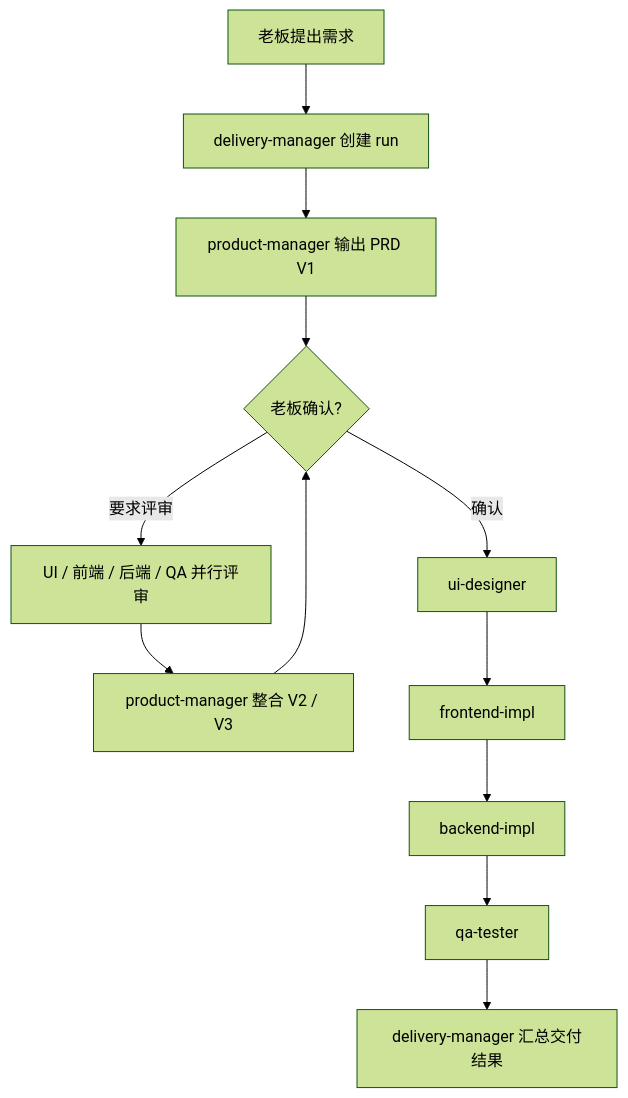
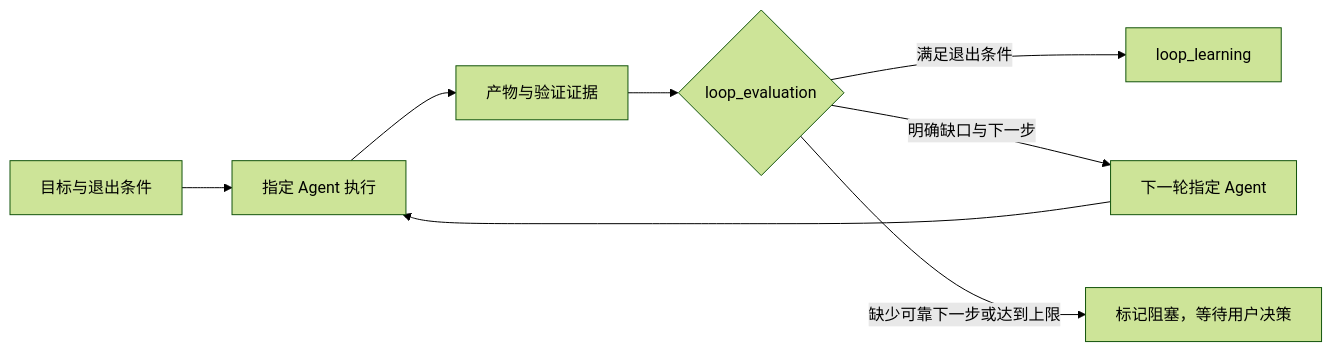
One commit to devTech-zhang/codex-multi-agents-loop changed the diagram in README.md. Above: the diagram before and after it, drawn with Mermaid (forest theme). The commit also changed other lines of this file and 61 other files, not shown here.

````diff
--- a/README.md
+++ b/README.md
@@ -111,14 +85,10 @@
 ```mermaid
-flowchart TD
-    O["老板提出需求"] --> M["delivery-manager 创建 run"]
-    M --> P["product-manager 输出 PRD V1"]
-    P --> R{"老板确认?"}
-    R -- "要求评审" --> C["UI / 前端 / 后端 / QA 并行评审"]
-    C --> V["product-manager 整合 V2 / V3"]
-    V --> R
-    R -- "确认" --> U["ui-designer"]
-    U --> F["frontend-impl"]
-    F --> B["backend-impl"]
-    B --> Q["qa-tester"]
-    Q --> S["delivery-manager 汇总交付结果"]
+flowchart LR
+    Goal["目标与退出条件"] --> Work["指定 Agent 执行"]
+    Work --> Evidence["产物与验证证据"]
+    Evidence --> Evaluation{"loop_evaluation"}
+    Evaluation -- "满足退出条件" --> Learning["loop_learning"]
+    Evaluation -- "明确缺口与下一步" --> Retry["下一轮指定 Agent"]
+    Retry --> Work
+    Evaluation -- "缺少可靠下一步或达到上限" --> Blocked["标记阻塞，等待用户决策"]
 ```
````
